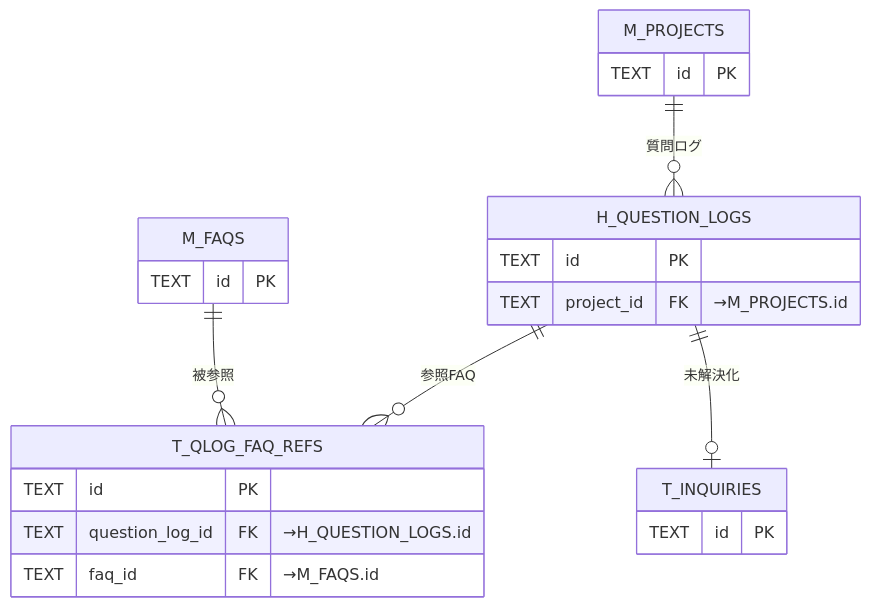
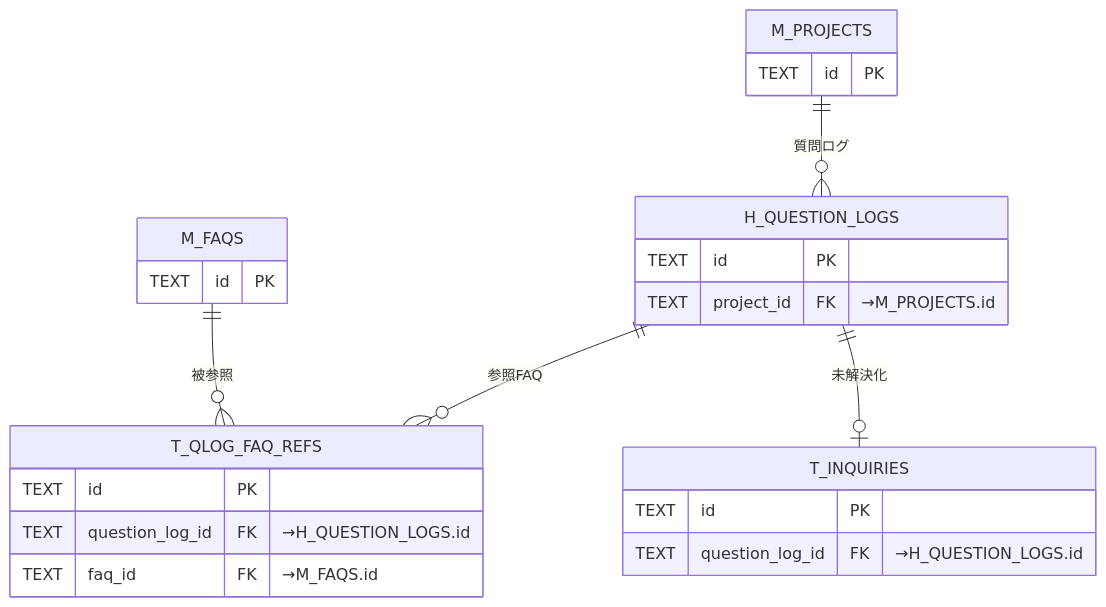
The seventh of 12 diagrams in 02_basic-design/03_database-design.md (sikakou54/open-faq), drawn with Mermaid before and after one commit. The commit also changed other lines of this file, not shown here.

First line of the commit message:
DB設計: ER図の関連を可視FKで裏付け。TP_FAQ_FTS(物理FKなし)を除外し、T_QLOG_FAQ_REFS/T_INQUIRIES の被参照FKを明示

````diff
--- a/02_basic-design/03_database-design.md
+++ b/02_basic-design/03_database-design.md
@@ -217,15 +216,16 @@
 ```mermaid
 erDiagram
   H_QUESTION_LOGS { TEXT id PK
     TEXT project_id FK "→M_PROJECTS.id" }
   T_QLOG_FAQ_REFS { TEXT id PK
     TEXT question_log_id FK "→H_QUESTION_LOGS.id"
     TEXT faq_id FK "→M_FAQS.id" }
   M_PROJECTS { TEXT id PK }
   M_FAQS { TEXT id PK }
-  T_INQUIRIES { TEXT id PK }
+  T_INQUIRIES { TEXT id PK
+    TEXT question_log_id FK "→H_QUESTION_LOGS.id" }
   M_PROJECTS ||--o{ H_QUESTION_LOGS : "質問ログ"
   H_QUESTION_LOGS ||--o{ T_QLOG_FAQ_REFS : "参照FAQ"
   M_FAQS ||--o{ T_QLOG_FAQ_REFS : "被参照"
   H_QUESTION_LOGS ||--o| T_INQUIRIES : "未解決化"
 ```
````
